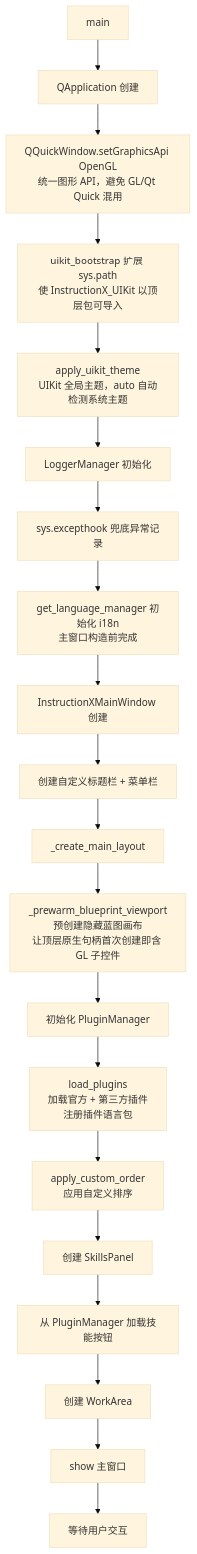
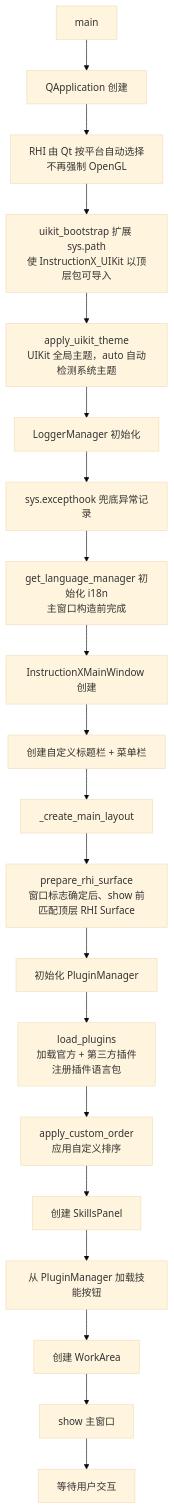
Before and after one commit to KKPIP-Tech/InstructionX: the fourth of 4 diagrams in docs/architecture/overview.md, drawn with Mermaid (base theme). The commit also changed other lines of this file and 12 other files, not shown here.

````diff
--- a/docs/architecture/overview.md
+++ b/docs/architecture/overview.md
@@ -571,22 +572,22 @@
 ```mermaid
 flowchart TD
     A[main] --> B[QApplication 创建]
-    B --> B1[QQuickWindow.setGraphicsApi OpenGL<br/>统一图形 API，避免 GL/Qt Quick 混用]
+    B --> B1[RHI 由 Qt 按平台自动选择<br/>不再强制 OpenGL]
     B1 --> B2[uikit_bootstrap 扩展 sys.path<br/>使 InstructionX_UIKit 以顶层包可导入]
     B2 --> C[apply_uikit_theme<br/>UIKit 全局主题，auto 自动检测系统主题]
     C --> D[LoggerManager 初始化]
     D --> D2[sys.excepthook 兜底异常记录]
     D2 --> D3[get_language_manager 初始化 i18n<br/>主窗口构造前完成]
     D3 --> E[InstructionXMainWindow 创建]
     E --> F[创建自定义标题栏 + 菜单栏]
     F --> G[_create_main_layout]
-    G --> G0[_prewarm_blueprint_viewport<br/>预创建隐藏蓝图画布<br/>让顶层原生句柄首次创建即含 GL 子控件]
+    G --> G0[prepare_rhi_surface<br/>窗口标志确定后、show 前匹配顶层 RHI Surface]
     G0 --> G1[初始化 PluginManager]
     G1 --> G2[load_plugins<br/>加载官方 + 第三方插件<br/>注册插件语言包]
     G2 --> G3[apply_custom_order<br/>应用自定义排序]
     G3 --> H[创建 SkillsPanel]
     H --> I[从 PluginManager 加载技能按钮]
     I --> J[创建 WorkArea]
     J --> K[show 主窗口]
     K --> L[等待用户交互]
 ```
````
